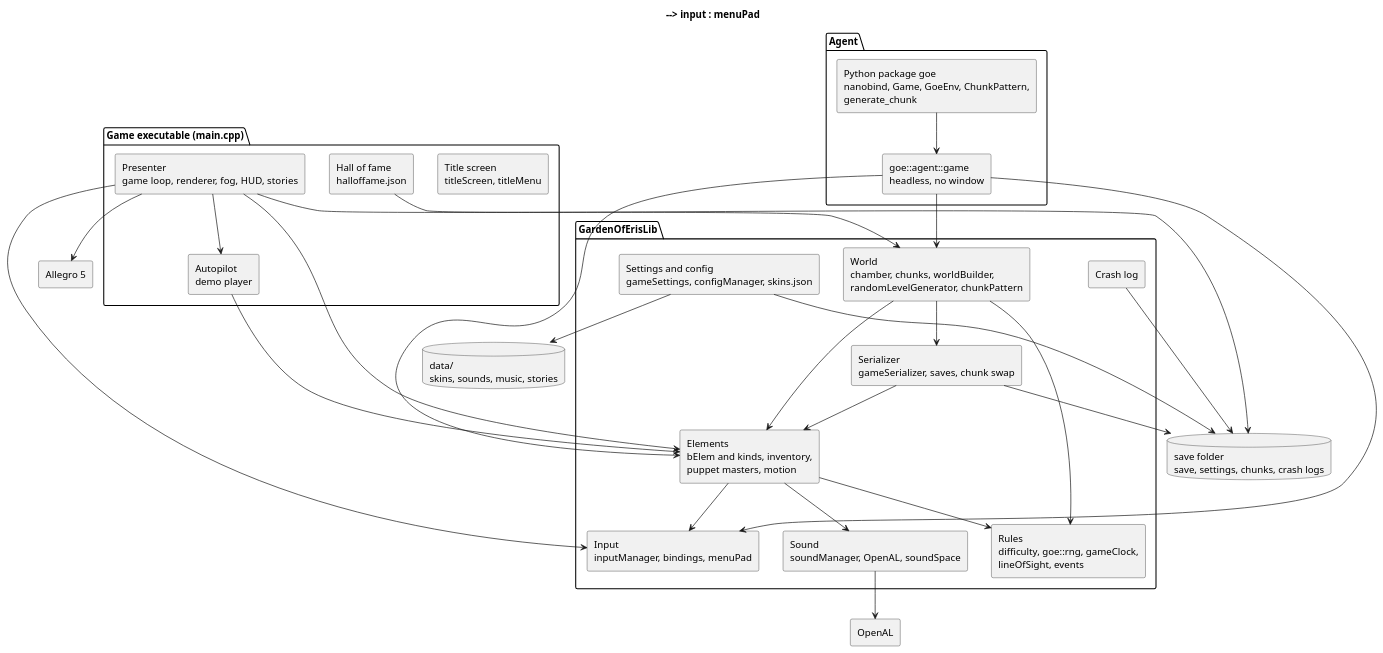
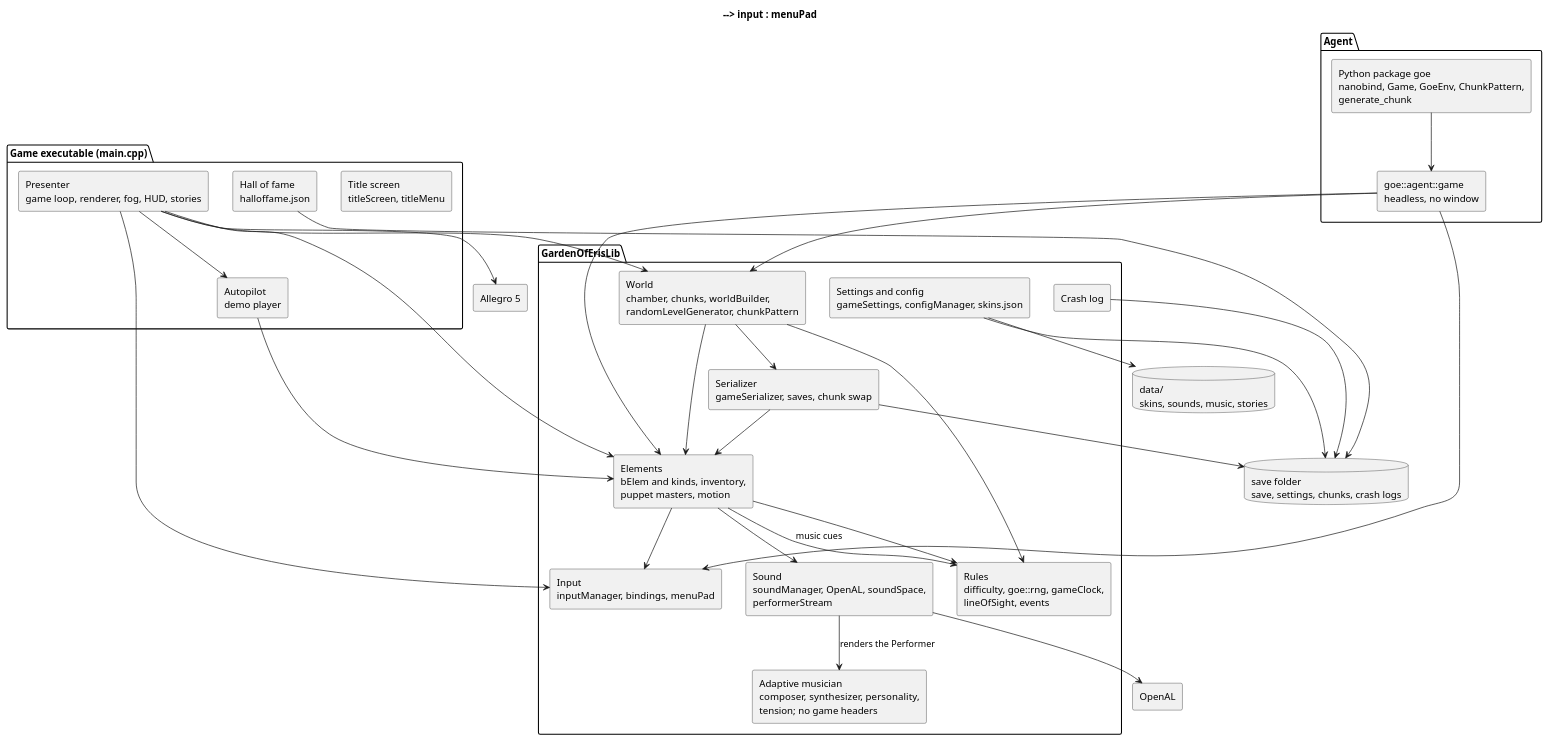
One commit to arielkonopka/Gardens-of-Eris changed the diagram in docs/diagrams/14-components.puml. Above: the diagram before and after it, drawn with PlantUML. The commit also changed 46 other files, not shown here.

First line of the commit message:
Add an adaptive procedural musician, chosen in Config

```diff
--- a/docs/diagrams/14-components.puml
+++ b/docs/diagrams/14-components.puml
@@ -1,60 +1,63 @@
 @startuml
 title Modules and how they depend on each other
 skinparam componentStyle rectangle
 
 package "Game executable (main.cpp)" {
   [Title screen\ntitleScreen, titleMenu] as title
   [Presenter\ngame loop, renderer, fog, HUD, stories] as pres
   [Autopilot\ndemo player] as pilot
   [Hall of fame\nhalloffame.json] as fame
 }
 
 package "GardenOfErisLib" {
   [Elements\nbElem and kinds, inventory,\npuppet masters, motion] as elems
   [World\nchamber, chunks, worldBuilder,\nrandomLevelGenerator, chunkPattern] as world
   [Serializer\ngameSerializer, saves, chunk swap] as ser
   [Rules\ndifficulty, goe::rng, gameClock,\nlineOfSight, events] as rules
   [Input\ninputManager, bindings, menuPad] as input
-  [Sound\nsoundManager, OpenAL, soundSpace] as sound
+  [Sound\nsoundManager, OpenAL, soundSpace,\nperformerStream] as sound
+  [Adaptive musician\ncomposer, synthesizer, personality,\ntension; no game headers] as musician
   [Settings and config\ngameSettings, configManager, skins.json] as cfg
   [Crash log] as crash
 }
 
 package "Agent" {
   [goe::agent::game\nheadless, no window] as agent
   [Python package goe\nnanobind, Game, GoeEnv, ChunkPattern,\ngenerate_chunk] as python
 }
 
 database "data/\nskins, sounds, music, stories" as data
 database "save folder\nsave, settings, chunks, crash logs" as saves
 [Allegro 5] as allegro
 [OpenAL] as openal
 
 title --> pres
 title --> fame
 pres --> pilot
 pres --> elems
 pres --> world
 pres --> input
 pres --> allegro
 pilot --> elems
 elems --> rules
 elems --> sound
 elems --> input
 world --> elems
 world --> rules
 world --> ser
 ser --> elems
 ser --> saves
 fame --> saves
 cfg --> data
 cfg --> saves
 sound --> openal
+sound --> musician : renders the Performer
+elems --> rules : music cues
 title --> cfg
 title --> input : menuPad
 crash --> saves
 python --> agent
 agent --> world
 agent --> elems
 agent --> input
 @enduml
```
